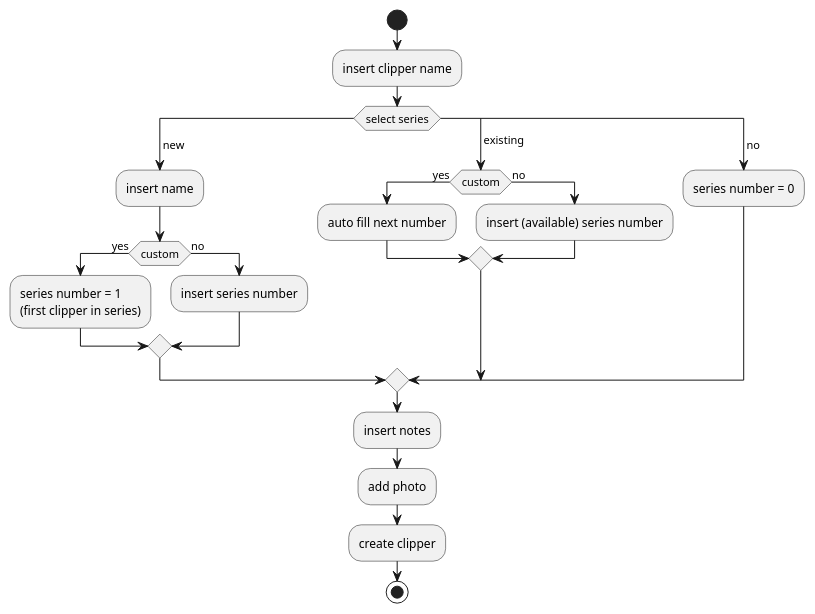
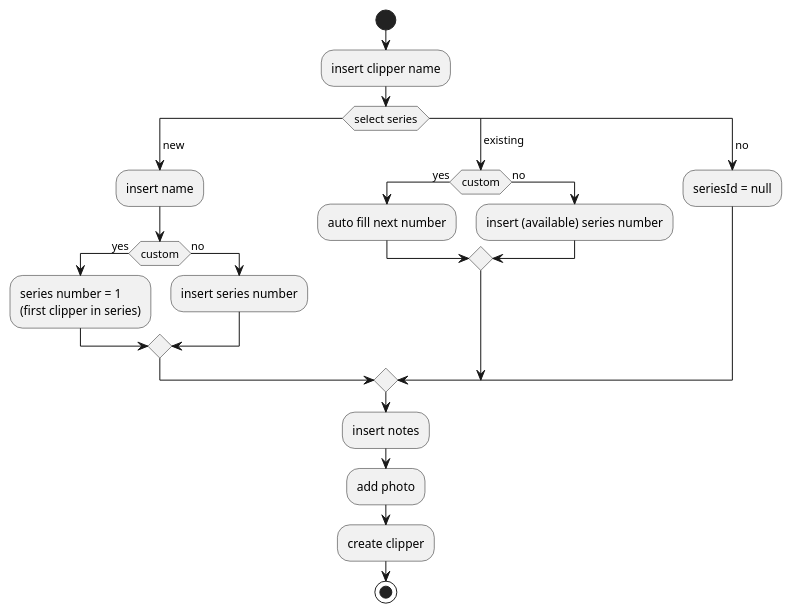
The diagram in documentation/AddFlow.puml (MHormes/Clipper-MS-Microservices), drawn with PlantUML before and after one commit. The commit also changed 21 other files, not shown here.

```diff
--- a/documentation/AddFlow.puml
+++ b/documentation/AddFlow.puml
@@ -1,26 +1,26 @@
 @startuml
 start
 :insert clipper name;
 switch(select series)
     case( new)
         :insert name;
         if(custom) then (yes)
             :series number = 1
             (first clipper in series);
         else(no)
             :insert series number;
         endif
     case( existing)
         if(custom) then (yes)
             :auto fill next number;
         else(no)
             :insert (available) series number;
         endif
     case( no)
-        :series number = 0;
+        :seriesId = null;
 endswitch
 :insert notes;
 :add photo;
 :create clipper;
 stop
 @enduml
```
